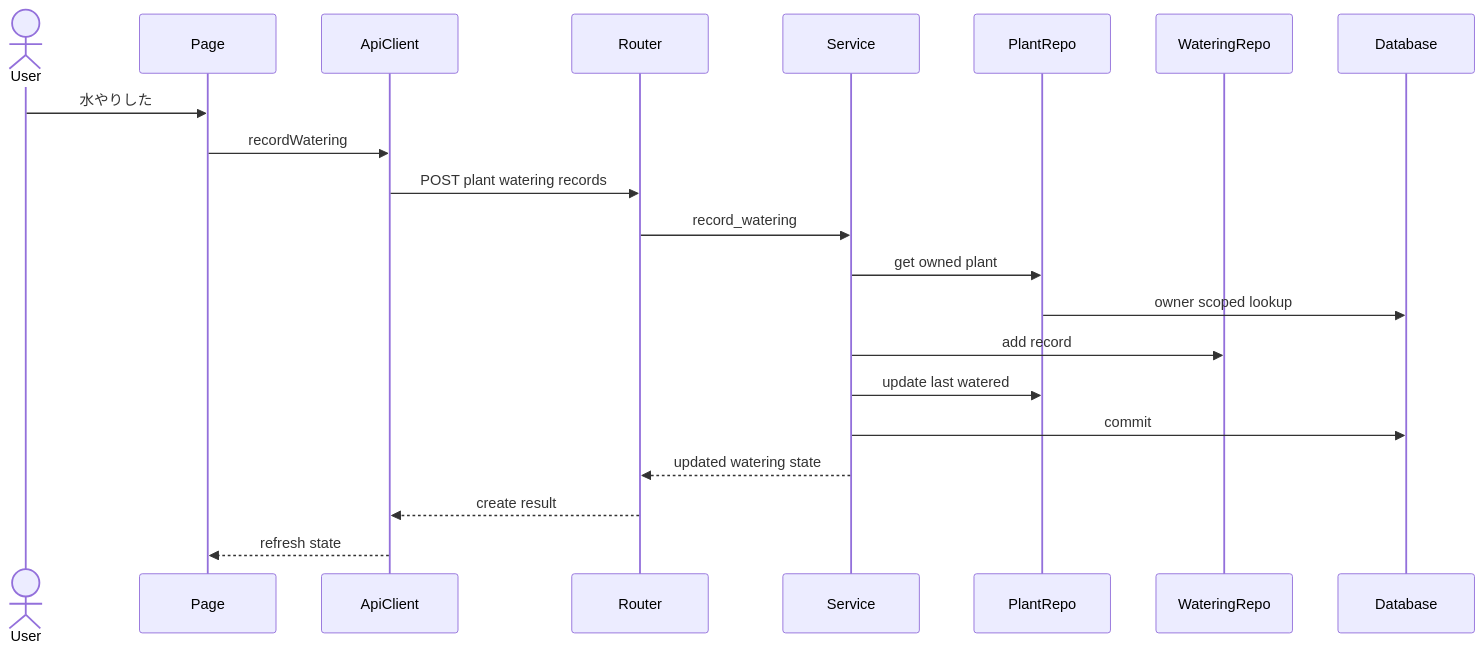
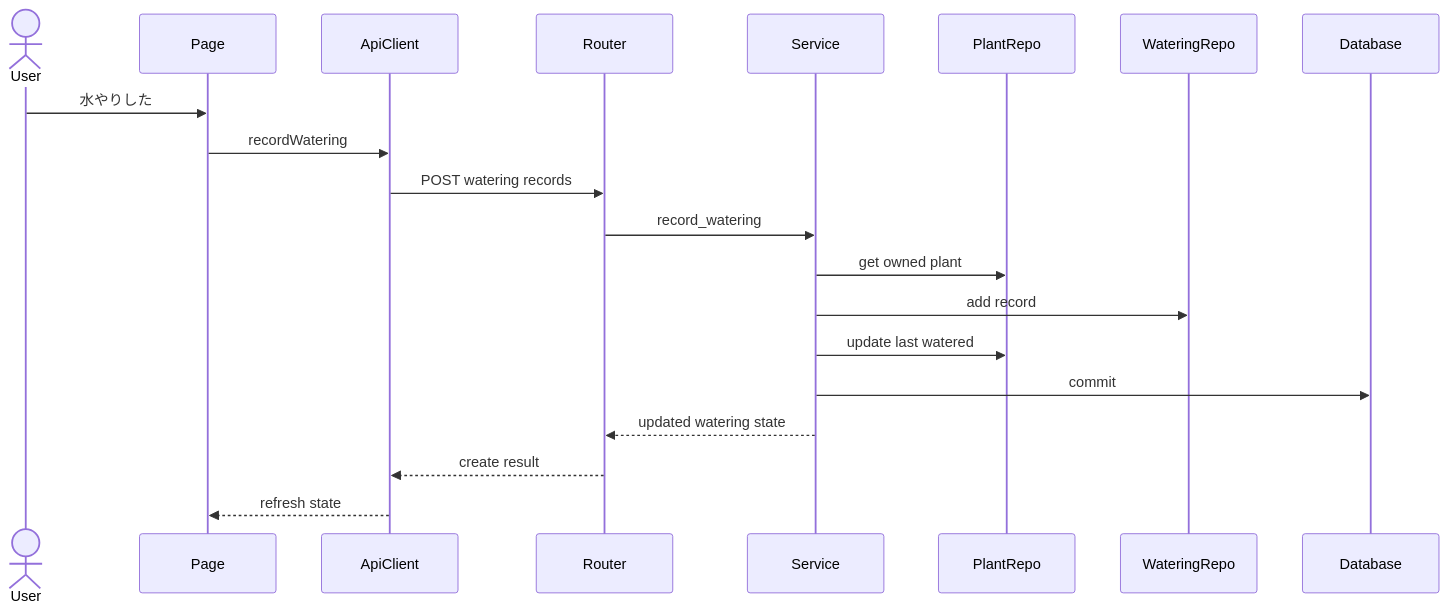
Before and after one commit to atoook/green-log: the second of 6 diagrams in .kiro/specs/plant-watering-care/design.md, drawn with Mermaid. The commit also changed other lines of this file and 2 other files, not shown here.

Commit message:
Design watering heatmap

````diff
--- a/.kiro/specs/plant-watering-care/design.md
+++ b/.kiro/specs/plant-watering-care/design.md
@@ -188,23 +200,22 @@
 ```mermaid
 sequenceDiagram
     actor User
     participant Page
     participant ApiClient
     participant Router
     participant Service
     participant PlantRepo
     participant WateringRepo
     participant Database
     User->>Page: 水やりした
     Page->>ApiClient: recordWatering
-    ApiClient->>Router: POST plant watering records
+    ApiClient->>Router: POST watering records
     Router->>Service: record_watering
     Service->>PlantRepo: get owned plant
-    PlantRepo->>Database: owner scoped lookup
     Service->>WateringRepo: add record
     Service->>PlantRepo: update last watered
     Service->>Database: commit
     Service-->>Router: updated watering state
     Router-->>ApiClient: create result
     ApiClient-->>Page: refresh state
 ```
````
